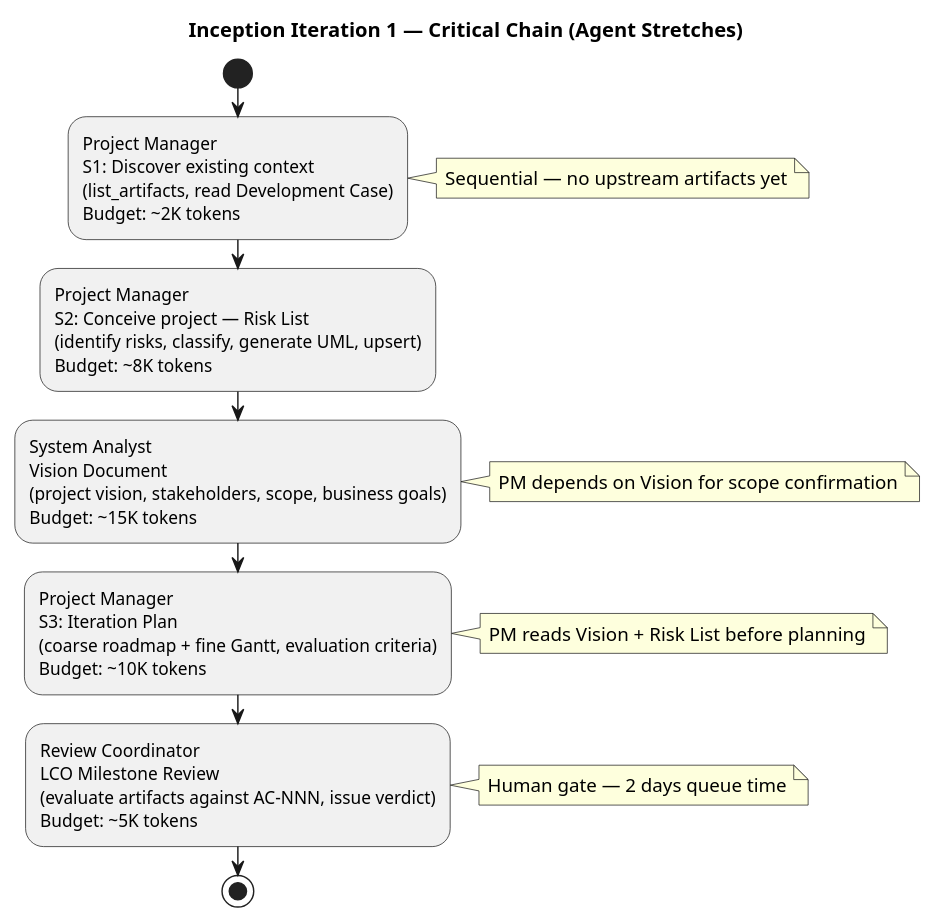
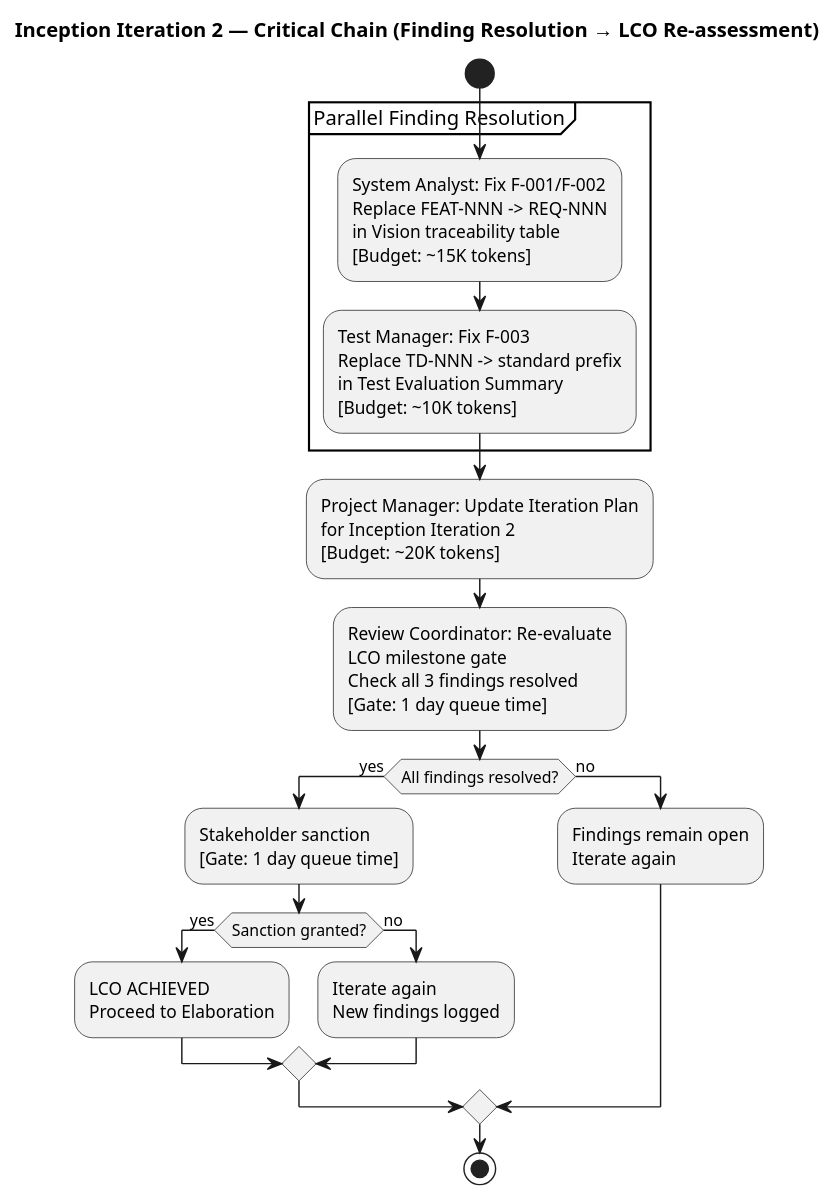
Before and after one commit to banense-test/portal-cuba-corp: the second of 2 diagrams in docs/artifacts/project-management/iteration-plan.md, drawn with PlantUML. The commit also changed other lines of this file, not shown here.

First line of the commit message:
Project Manager [I2]: upsert Iteration Plan

````diff
--- a/docs/artifacts/project-management/iteration-plan.md
+++ b/docs/artifacts/project-management/iteration-plan.md
@@ -77,24 +85,46 @@
 ```plantuml
 @startuml
-title Inception Iteration 1 — Critical Chain (Agent Stretches)
+title Inception Iteration 2 — Critical Chain (Finding Resolution → LCO Re-assessment)
 
 start
 
-:Project Manager\nS1: Discover existing context\n(list_artifacts, read Development Case)\nBudget: ~2K tokens;
-note right: Sequential — no upstream artifacts yet
+partition "Parallel Finding Resolution" {
+  :System Analyst: Fix F-001/F-002
+  Replace FEAT-NNN -> REQ-NNN
+  in Vision traceability table
+  [Budget: ~15K tokens];
+  
+  :Test Manager: Fix F-003
+  Replace TD-NNN -> standard prefix
+  in Test Evaluation Summary
+  [Budget: ~10K tokens];
+}
 
-:Project Manager\nS2: Conceive project — Risk List\n(identify risks, classify, generate UML, upsert)\nBudget: ~8K tokens;
+:Project Manager: Update Iteration Plan
+for Inception Iteration 2
+[Budget: ~20K tokens];
 
-:System Analyst\nVision Document\n(project vision, stakeholders, scope, business goals)\nBudget: ~15K tokens;
-note right: PM depends on Vision for scope confirmation
+:Review Coordinator: Re-evaluate
+LCO milestone gate
+Check all 3 findings resolved
+[Gate: 1 day queue time];
 
-:Project Manager\nS3: Iteration Plan\n(coarse roadmap + fine Gantt, evaluation criteria)\nBudget: ~10K tokens;
-note right: PM reads Vision + Risk List before planning
-
-:Review Coordinator\nLCO Milestone Review\n(evaluate artifacts against AC-NNN, issue verdict)\nBudget: ~5K tokens;
-note right: Human gate — 2 days queue time
+if (All findings resolved?) then (yes)
+  :Stakeholder sanction
+  [Gate: 1 day queue time];
+  if (Sanction granted?) then (yes)
+    :LCO ACHIEVED
+    Proceed to Elaboration;
+  else (no)
+    :Iterate again
+    New findings logged;
+  endif
+else (no)
+  :Findings remain open
+  Iterate again;
+endif
 
 stop
 
 @enduml
 ```
````
